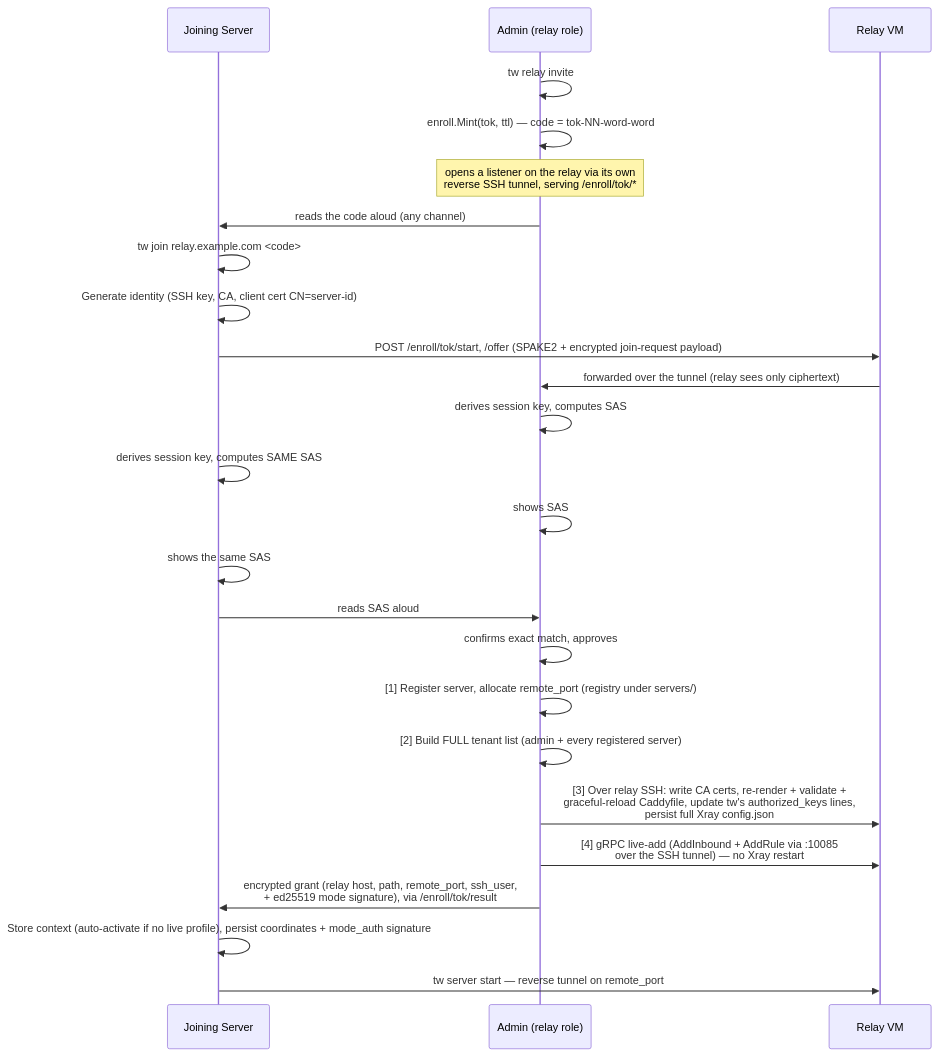
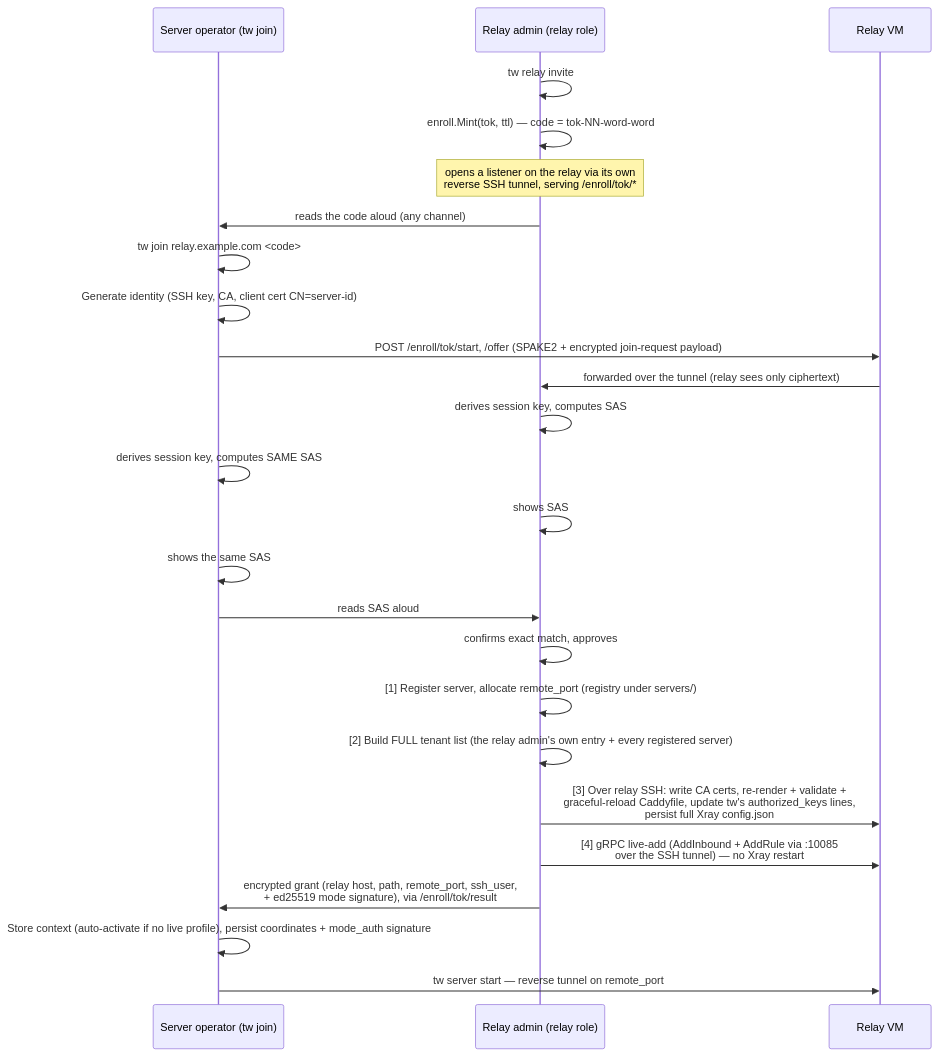
The second of 6 diagrams in docs/architecture/runtime-views.md (Tunnel-Whisperer/Tunnel-Whisperer), drawn with Mermaid before and after one commit. The commit also changed other lines of this file and 30 other files, not shown here.

````diff
--- a/docs/architecture/runtime-views.md
+++ b/docs/architecture/runtime-views.md
@@ -76,32 +76,32 @@
 ```mermaid
 sequenceDiagram
-    participant S as Joining Server
-    participant A as Admin (relay role)
+    participant S as Server operator (tw join)
+    participant A as Relay admin (relay role)
     participant R as Relay VM
 
     A ->> A: tw relay invite
     A ->> A: enroll.Mint(tok, ttl) — code = tok-NN-word-word
     Note over A: opens a listener on the relay via its own<br/>reverse SSH tunnel, serving /enroll/tok/*
     A ->> S: reads the code aloud (any channel)
 
     S ->> S: tw join relay.example.com #lt;code#gt;
     S ->> S: Generate identity (SSH key, CA, client cert CN=server-id)
     S ->> R: POST /enroll/tok/start, /offer (SPAKE2 + encrypted join-request payload)
     R ->> A: forwarded over the tunnel (relay sees only ciphertext)
 
     A ->> A: derives session key, computes SAS
     S ->> S: derives session key, computes SAME SAS
     A ->> A: shows SAS
     S ->> S: shows the same SAS
     S ->> A: reads SAS aloud
     A ->> A: confirms exact match, approves
 
     A ->> A: [1] Register server, allocate remote_port (registry under servers/)
-    A ->> A: [2] Build FULL tenant list (admin + every registered server)
+    A ->> A: [2] Build FULL tenant list (the relay admin's own entry + every registered server)
     A ->> R: [3] Over relay SSH: write CA certs, re-render + validate +<br/>graceful-reload Caddyfile, update tw's authorized_keys lines,<br/>persist full Xray config.json
     A ->> R: [4] gRPC live-add (AddInbound + AddRule via :10085<br/>over the SSH tunnel) — no Xray restart
     A ->> S: encrypted grant (relay host, path, remote_port, ssh_user,<br/>+ ed25519 mode signature), via /enroll/tok/result
 
     S ->> S: Store context (auto-activate if no live profile), persist coordinates + mode_auth signature
     S ->> R: tw server start — reverse tunnel on remote_port
 ```
````
